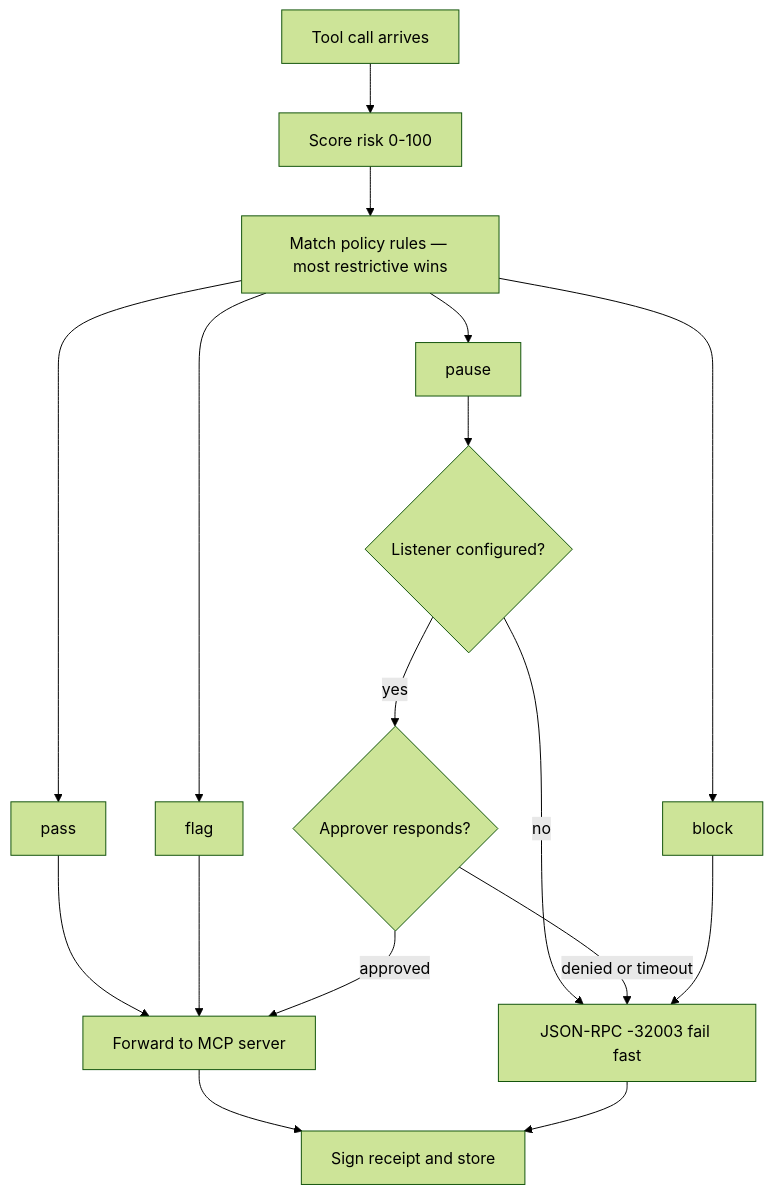
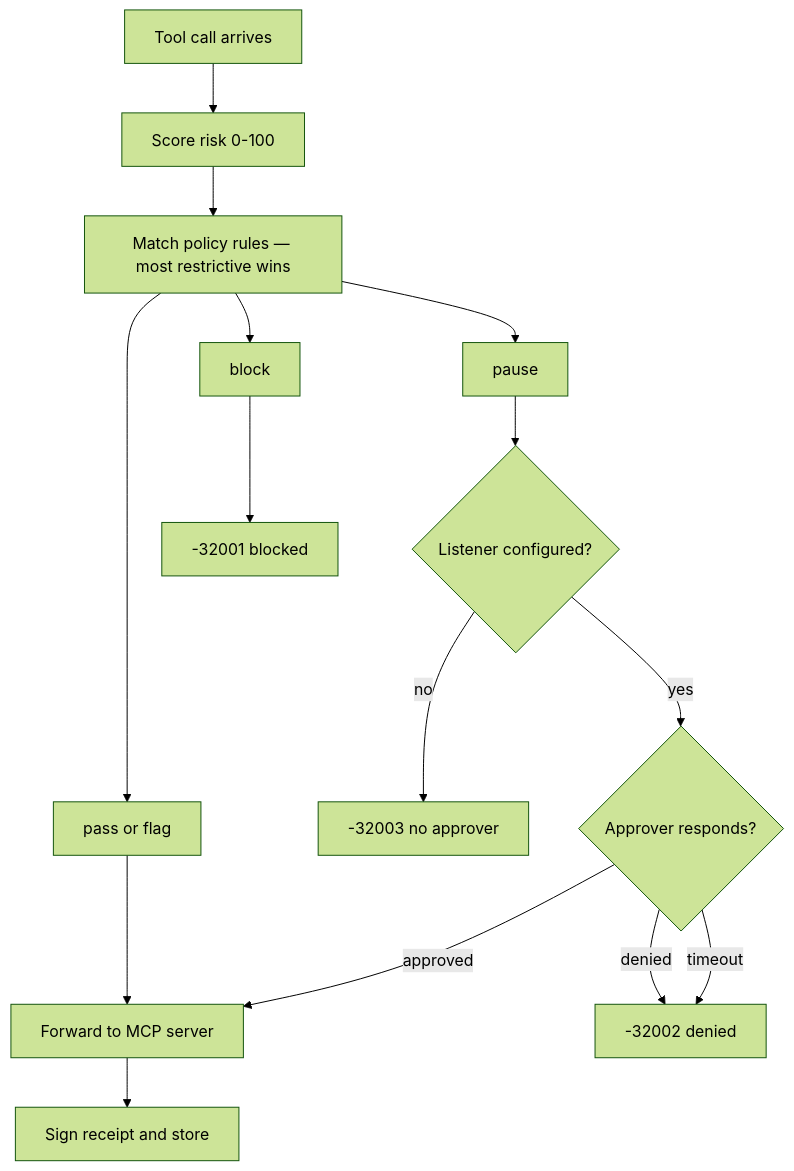
Before and after one commit to agent-receipts/ar: the diagram in site/src/content/docs/mcp-proxy/overview.mdx, drawn with Mermaid (forest theme).

Commit message:
docs(site): fix policy flowchart error codes and receipt scope per Copilot review
Gap 4.2: three corrections:
- Removed E --> R edge: blocked/rejected calls are logged to the audit DB
  but do NOT produce signed receipts (TestE2EProxyBlockedCall asserts 0
  receipts); only forwarded calls (pass/flag/approved-pause) produce receipts
- Split error node into correct JSON-RPC codes: -32003 (no approver
  configured), -32002 (denied or timeout), -32001 (blocked by policy)
- Removed combined pass/flag/block node; pass and flag both forward to
  MCP server; block goes directly to the -32001 error path

````diff
--- a/site/src/content/docs/mcp-proxy/overview.mdx
+++ b/site/src/content/docs/mcp-proxy/overview.mdx
@@ -31,15 +31,14 @@
 ```mermaid
 flowchart TD
   A[Tool call arrives] --> B[Score risk 0-100]
   B --> C[Match policy rules — most restrictive wins]
-  C --> P[pass] --> W[Forward to MCP server]
-  C --> FL[flag] --> W
+  C --> P[pass or flag] --> W[Forward to MCP server]
   C --> PA[pause] --> AP{Listener configured?}
-  AP -->|no| E[JSON-RPC -32003 fail fast]
+  AP -->|no| E1["-32003 no approver"]
   AP -->|yes| AP2{Approver responds?}
   AP2 -->|approved| W
-  AP2 -->|denied or timeout| E
-  C --> BL[block] --> E
+  AP2 -->|denied| E2["-32002 denied"]
+  AP2 -->|timeout| E2
+  C --> BL[block] --> E3["-32001 blocked"]
   W --> R[Sign receipt and store]
-  E --> R
 ```
````
